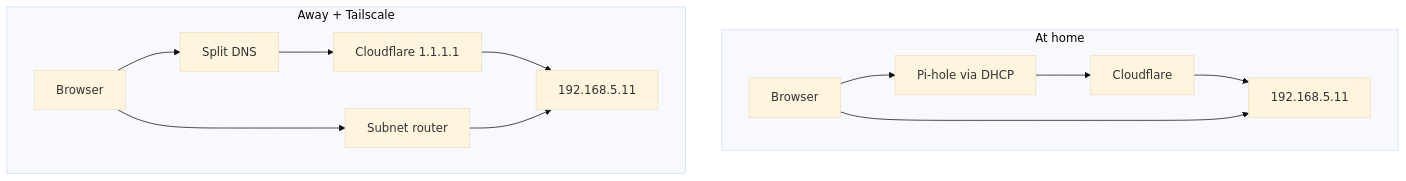
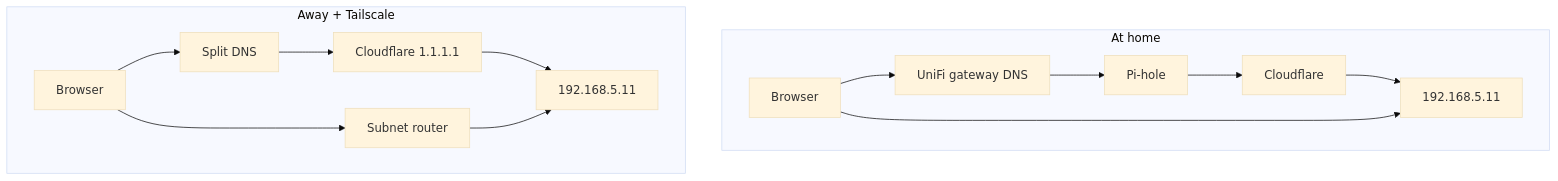
The first of 2 diagrams in docs/architecture/networking.md (jacobdrury/homelab), drawn with Mermaid (base theme) before and after one commit. The commit also changed other lines of this file and 10 other files, not shown here.

First line of the commit message:
Route LAN DNS through UniFi for VPN domain traffic rules.

````diff
--- a/docs/architecture/networking.md
+++ b/docs/architecture/networking.md
@@ -128,17 +131,18 @@
 ```mermaid
 flowchart TB
   subgraph home [At home]
-    B1[Browser] --> PH1[Pi-hole via DHCP]
+    B1[Browser] --> GW[UniFi gateway DNS]
+    GW --> PH1[Pi-hole]
     PH1 --> CF[Cloudflare]
     CF --> IP[192.168.5.11]
     B1 --> IP
   end
 
   subgraph away [Away + Tailscale]
     B2[Browser] --> SD[Split DNS]
     SD --> CF2[Cloudflare 1.1.1.1]
     CF2 --> IP2[192.168.5.11]
     B2 --> SR[Subnet router]
     SR --> IP2
   end
 ```
````
